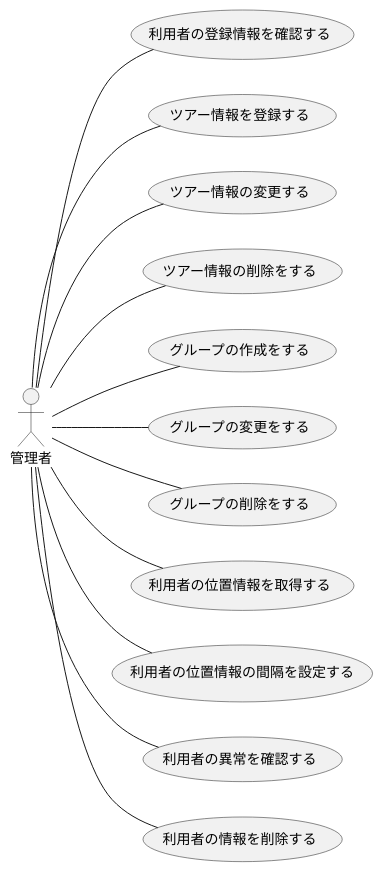
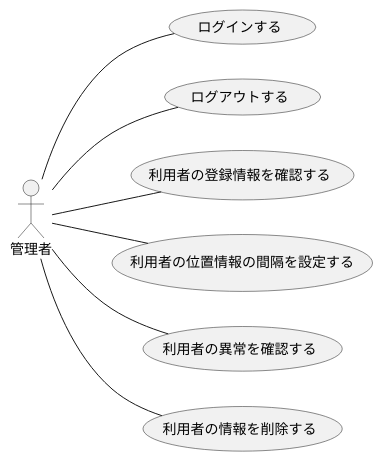
The diagram in F_usecase_admin.plantuml (ksw2270227/GroupF), drawn with PlantUML before and after one commit. The commit also changed 1 other file, not shown here.

```diff
--- a/F_usecase_admin.plantuml
+++ b/F_usecase_admin.plantuml
@@ -1,16 +1,14 @@
 @startuml 管理者
 left to right direction
 actor 管理者
 
+管理者 -- (ログインする)
+管理者 -- (ログアウトする)
 管理者 -- (利用者の登録情報を確認する)
-管理者 -- (ツアー情報を登録する)
-管理者 -- (ツアー情報の変更する)
-管理者 -- (ツアー情報の削除をする)
-管理者 -- (グループの作成をする)
-管理者 -- (グループの変更をする)
-管理者 -- (グループの削除をする)
-管理者 -- (利用者の位置情報を取得する)
 管理者 -- (利用者の位置情報の間隔を設定する)
 管理者 -- (利用者の異常を確認する)
 管理者 -- (利用者の情報を削除する)
+
+
+
 @enduml
```
